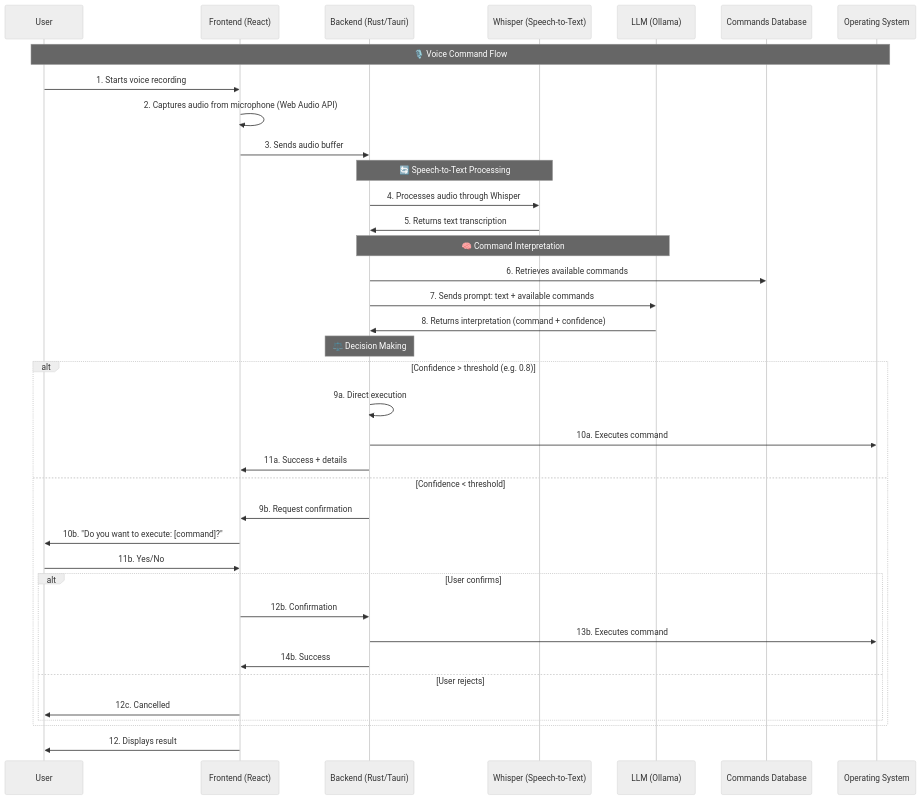
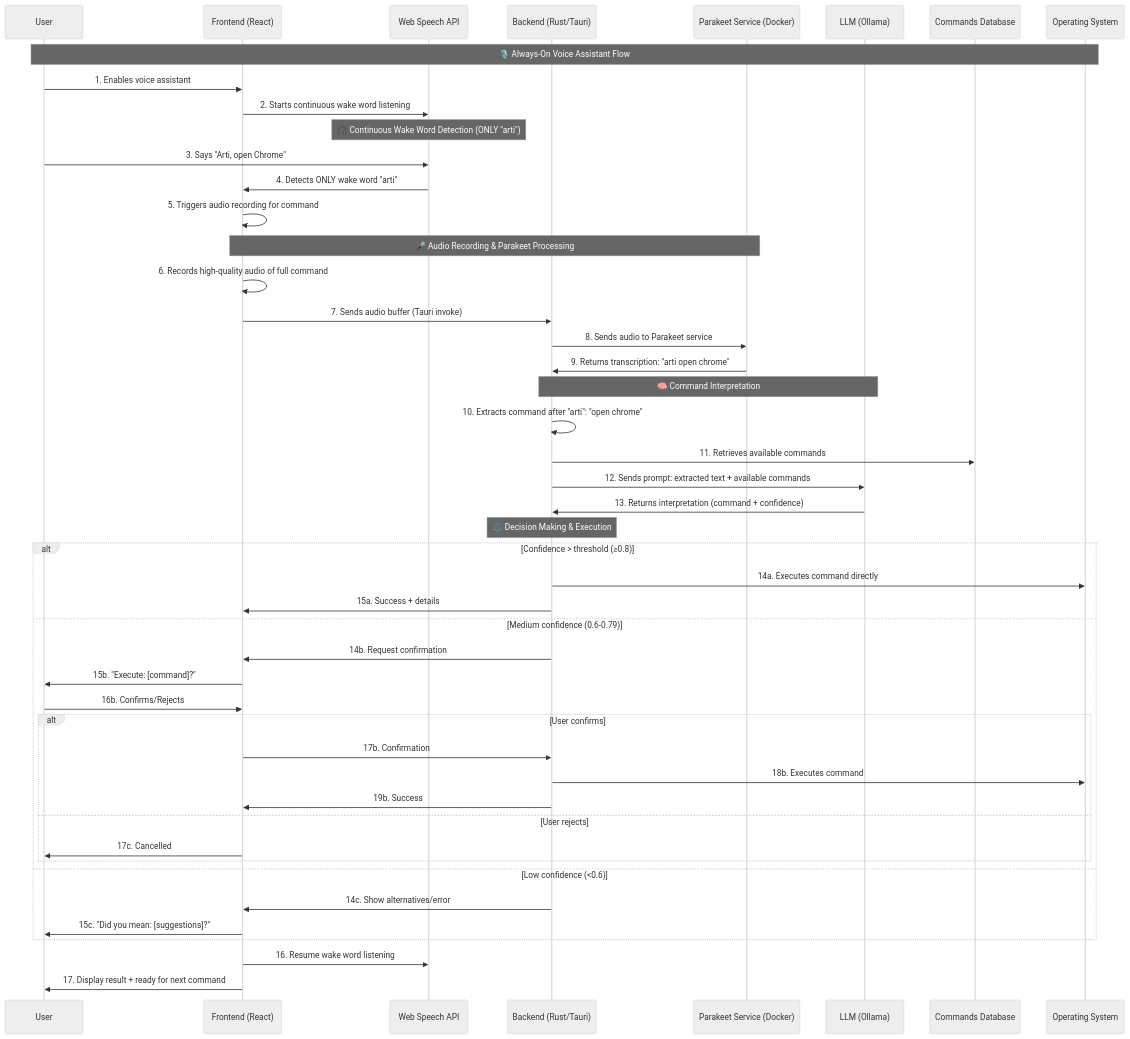
One commit to PiotrGrobelak/shortcut-artisan changed the first of 2 diagrams in docs/architecture/voice-command-flow.md. Above: the diagram before and after it, drawn with Mermaid (neutral theme). The commit also changed other lines of this file, not shown here.

Commit message:
docs: update voice-command-flow with web speech API and parakeet from Nvidia

````diff
--- a/docs/architecture/voice-command-flow.md
+++ b/docs/architecture/voice-command-flow.md
@@ -30,45 +35,56 @@
 ```mermaid
 sequenceDiagram
     participant U as User
     participant F as Frontend (React)
+    participant WSA as Web Speech API
     participant B as Backend (Rust/Tauri)
-    participant W as Whisper (Speech-to-Text)
+    participant P as Parakeet Service (Docker)
     participant L as LLM (Ollama)
     participant DB as Commands Database
     participant OS as Operating System
 
-    Note over U,OS: 🎙️ Voice Command Flow
+    Note over U,OS: 🎙️ Always-On Voice Assistant Flow
 
-    U->>F: 1. Starts voice recording
-    F->>F: 2. Captures audio from microphone (Web Audio API)
-    F->>B: 3. Sends audio buffer
+    U->>F: 1. Enables voice assistant
+    F->>WSA: 2. Starts continuous wake word listening
 
-    Note over B,W: 🔄 Speech-to-Text Processing
-    B->>W: 4. Processes audio through Whisper
-    W->>B: 5. Returns text transcription
+    Note over WSA,WSA: 🎧 Continuous Wake Word Detection (ONLY "arti")
+    U->>WSA: 3. Says "Arti, open Chrome"
+    WSA->>F: 4. Detects ONLY wake word "arti"
+    F->>F: 5. Triggers audio recording for command
+
+    Note over F,P: 🎤 Audio Recording & Parakeet Processing
+    F->>F: 6. Records high-quality audio of full command
+    F->>B: 7. Sends audio buffer (Tauri invoke)
+    B->>P: 8. Sends audio to Parakeet service
+    P->>B: 9. Returns transcription: "arti open chrome"
 
     Note over B,L: 🧠 Command Interpretation
-    B->>DB: 6. Retrieves available commands
-    B->>L: 7. Sends prompt: text + available commands
-    L->>B: 8. Returns interpretation (command + confidence)
+    B->>B: 10. Extracts command after "arti": "open chrome"
+    B->>DB: 11. Retrieves available commands
+    B->>L: 12. Sends prompt: extracted text + available commands
+    L->>B: 13. Returns interpretation (command + confidence)
 
-    Note over B,B: ⚖️ Decision Making
-    alt Confidence > threshold (e.g. 0.8)
-        B->>B: 9a. Direct execution
-        B->>OS: 10a. Executes command
-        B->>F: 11a. Success + details
-    else Confidence < threshold
-        B->>F: 9b. Request confirmation
-        F->>U: 10b. "Do you want to execute: [command]?"
-        U->>F: 11b. Yes/No
+    Note over B,B: ⚖️ Decision Making & Execution
+    alt Confidence > threshold (≥0.8)
+        B->>OS: 14a. Executes command directly
+        B->>F: 15a. Success + details
+    else Medium confidence (0.6-0.79)
+        B->>F: 14b. Request confirmation
+        F->>U: 15b. "Execute: [command]?"
+        U->>F: 16b. Confirms/Rejects
         alt User confirms
-            F->>B: 12b. Confirmation
-            B->>OS: 13b. Executes command
-            B->>F: 14b. Success
+            F->>B: 17b. Confirmation
+            B->>OS: 18b. Executes command
+            B->>F: 19b. Success
         else User rejects
-            F->>U: 12c. Cancelled
+            F->>U: 17c. Cancelled
         end
+    else Low confidence (<0.6)
+        B->>F: 14c. Show alternatives/error
+        F->>U: 15c. "Did you mean: [suggestions]?"
     end
 
-    F->>U: 12. Displays result
+    F->>WSA: 16. Resume wake word listening
+    F->>U: 17. Display result + ready for next command
 ```
````
